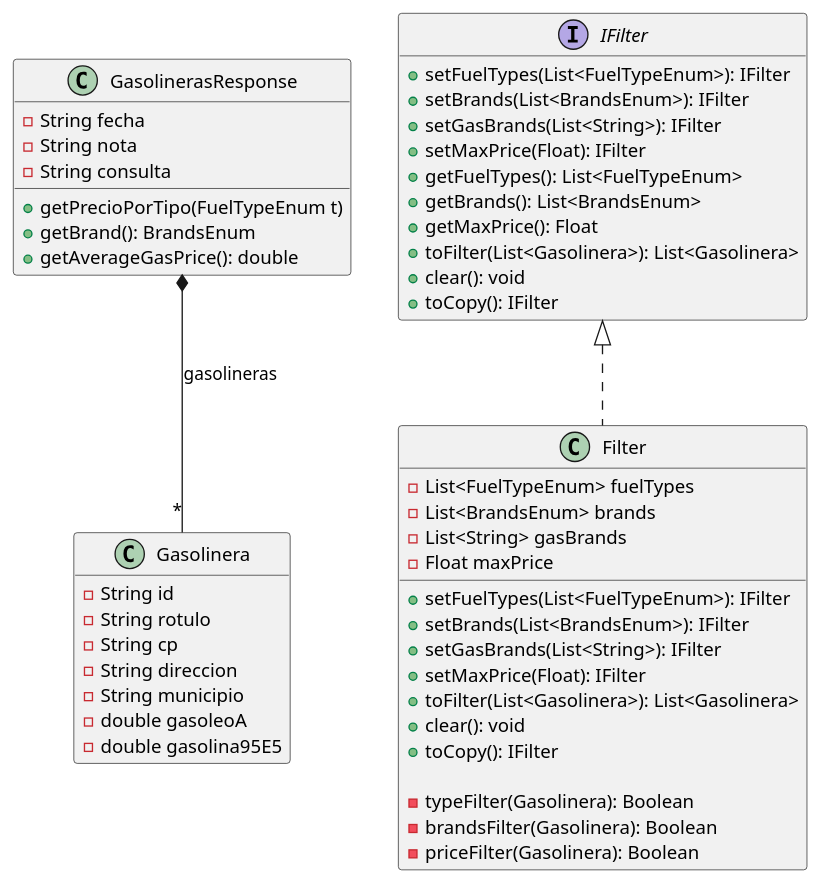
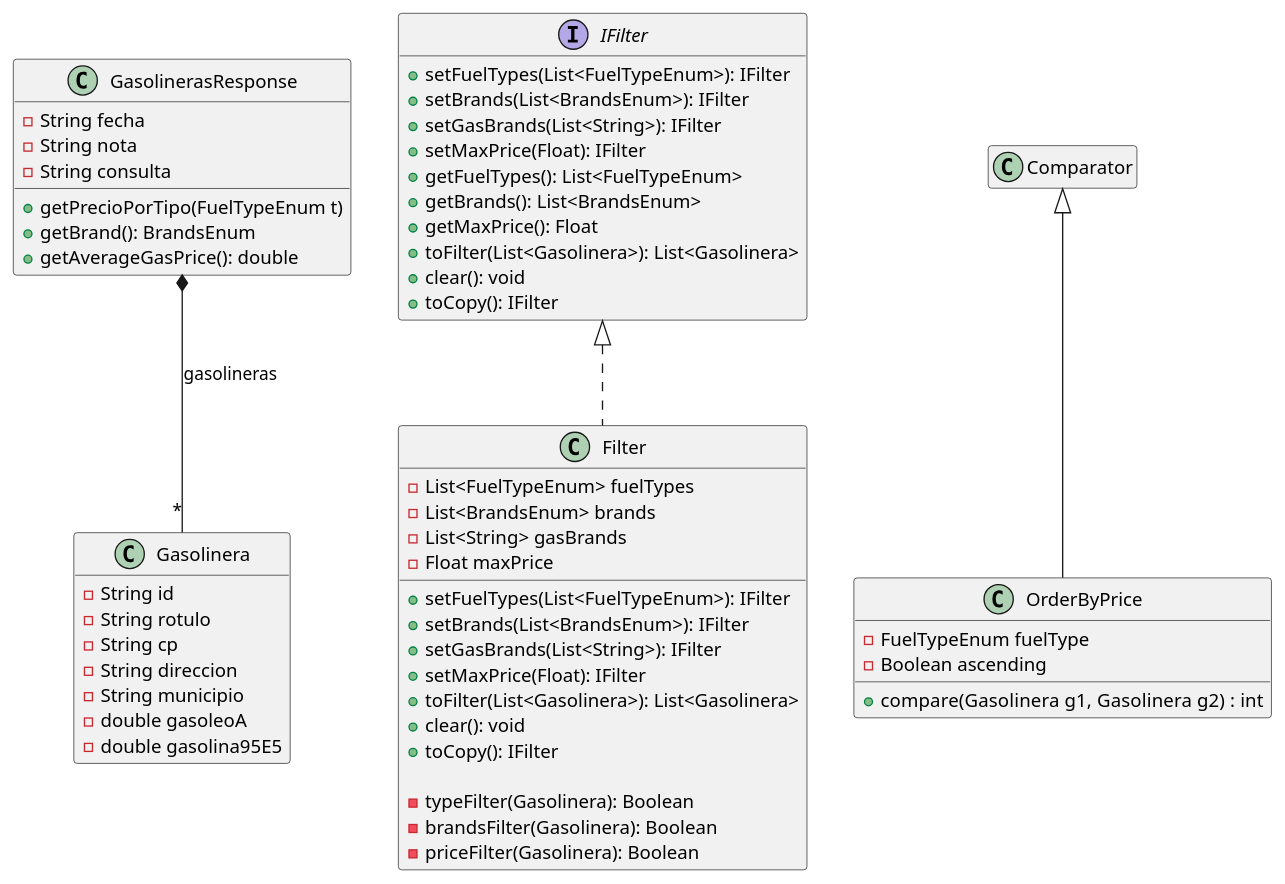
Before and after one commit to isunican/App-Gasolineras-Grupo1: the diagram in Docs/Models/domain.puml, drawn with PlantUML. The commit also changed 4 other files, not shown here.

```diff
--- a/Docs/Models/domain.puml
+++ b/Docs/Models/domain.puml
@@ -1,61 +1,70 @@
 @startuml
 
 hide empty members
 
 class Gasolinera {
     - String id
     - String rotulo
     - String cp
     - String direccion
     - String municipio
     - double gasoleoA
     - double gasolina95E5
 }
 
 class GasolinerasResponse {
     - String fecha
     - String nota
     - String consulta
 
     + getPrecioPorTipo(FuelTypeEnum t)
     + getBrand(): BrandsEnum
     + getAverageGasPrice(): double
 }
 
 interface IFilter {
     + setFuelTypes(List<FuelTypeEnum>): IFilter
     + setBrands(List<BrandsEnum>): IFilter
     + setGasBrands(List<String>): IFilter
     + setMaxPrice(Float): IFilter
     + getFuelTypes(): List<FuelTypeEnum>
     + getBrands(): List<BrandsEnum>
     + getMaxPrice(): Float
     + toFilter(List<Gasolinera>): List<Gasolinera>
     + clear(): void
     + toCopy(): IFilter
 }
 
 class Filter {
     - List<FuelTypeEnum> fuelTypes
     - List<BrandsEnum> brands
     - List<String> gasBrands
     - Float maxPrice
 
     + setFuelTypes(List<FuelTypeEnum>): IFilter
     + setBrands(List<BrandsEnum>): IFilter
     + setGasBrands(List<String>): IFilter
     + setMaxPrice(Float): IFilter
     + toFilter(List<Gasolinera>): List<Gasolinera>
     + clear(): void
     + toCopy(): IFilter
 
     - typeFilter(Gasolinera): Boolean
     - brandsFilter(Gasolinera): Boolean
     - priceFilter(Gasolinera): Boolean
 }
 
+class OrderByPrice{
+- FuelTypeEnum fuelType
+- Boolean ascending
+
++ compare(Gasolinera g1, Gasolinera g2)  : int
+}
+
 IFilter <|.. Filter
+
+Comparator <|-- OrderByPrice
 
 GasolinerasResponse *-- "*" Gasolinera : gasolineras
 
 @enduml
```
